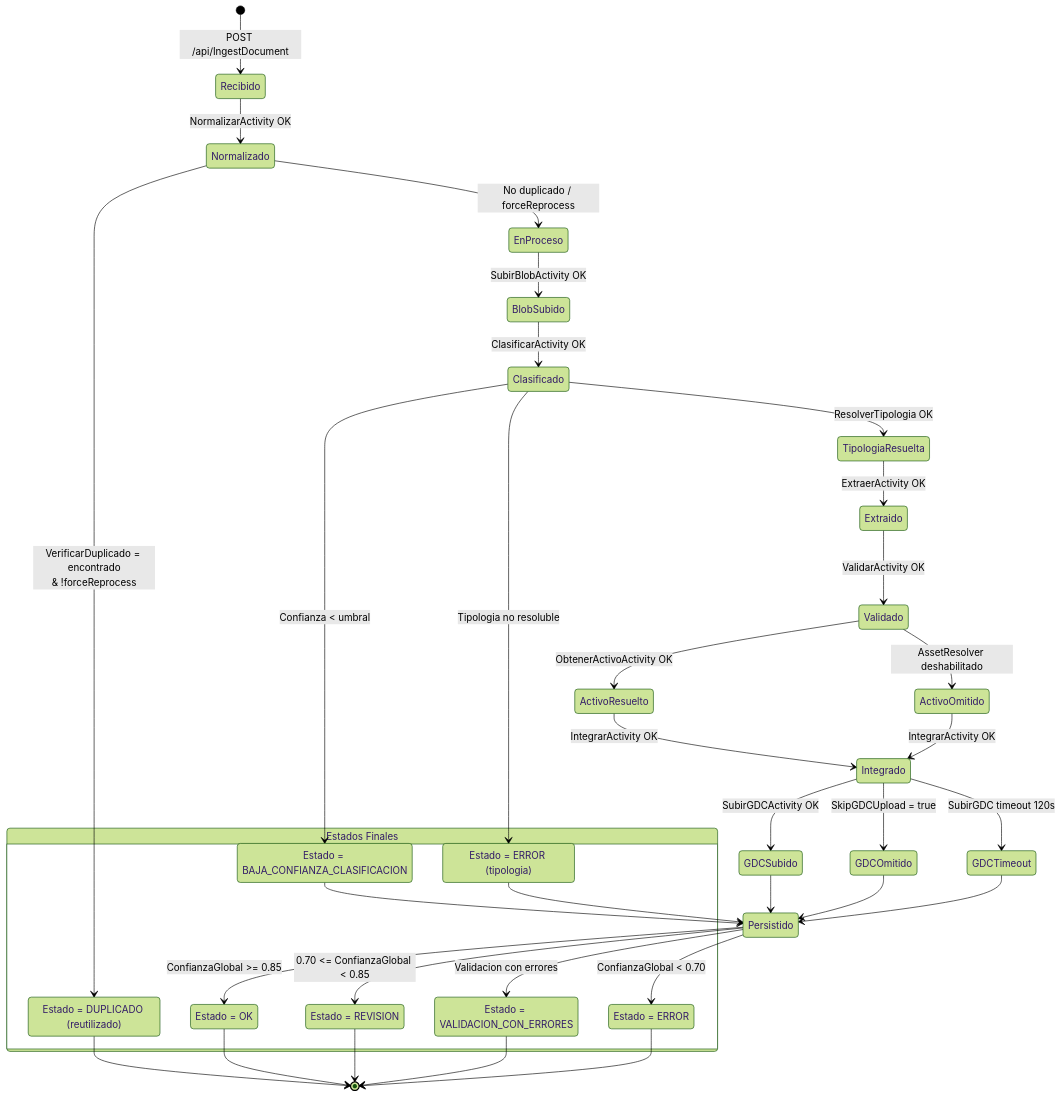
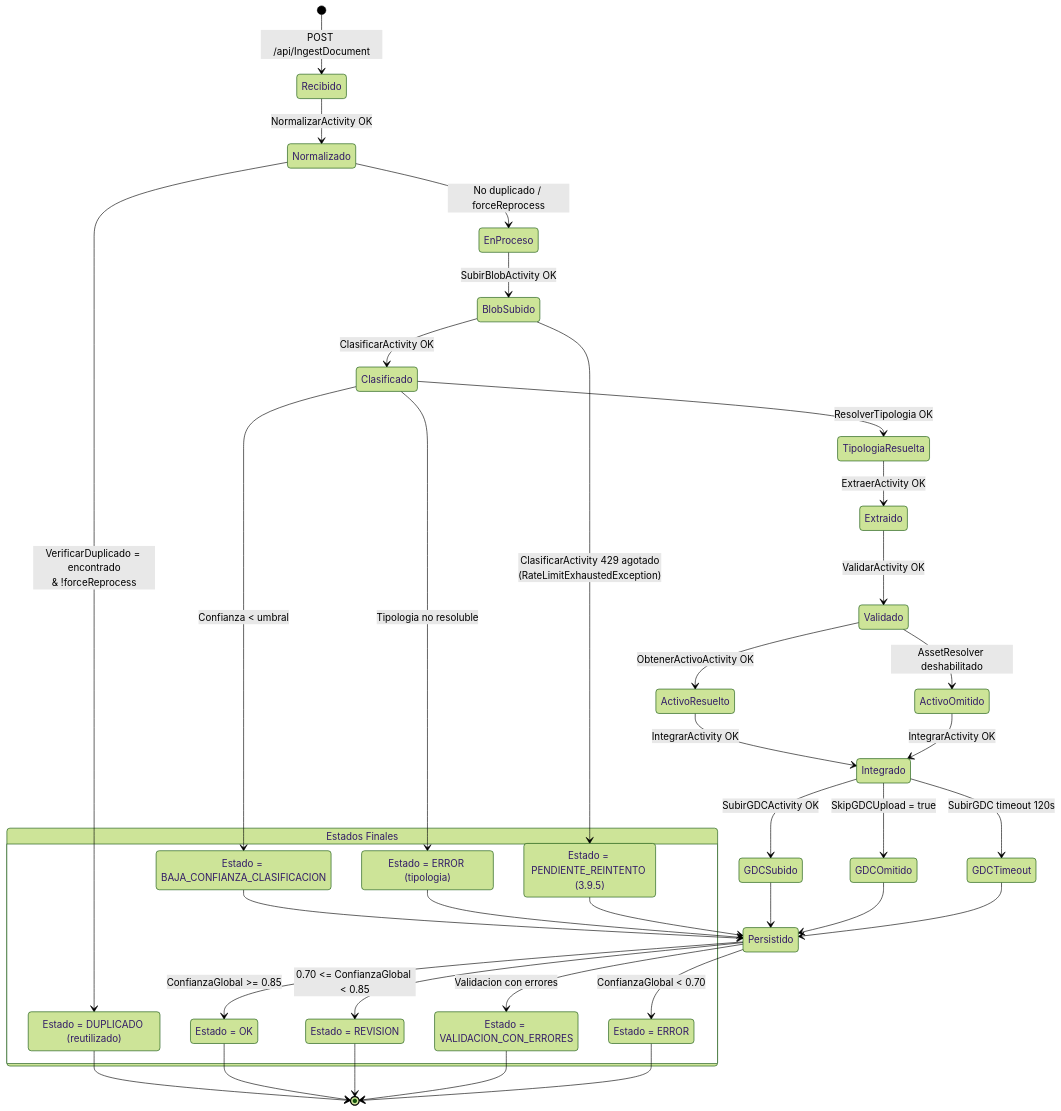
Before and after one commit to nvcrisologo02/AI-DocClassExt: diagram 12 of 12 in docs/03_DISENO_TECNICO_DETALLADO.md, drawn with Mermaid (forest theme). The commit also changed other lines of this file and 13 other files, not shown here.

First line of the commit message:
docs(resiliencia-429): actualiza documentacion tecnica y funcional (429, PENDIENTE_REINTENTO) (AB#99893)

````diff
--- a/docs/03_DISENO_TECNICO_DETALLADO.md
+++ b/docs/03_DISENO_TECNICO_DETALLADO.md
@@ -1314,53 +1356,56 @@
 ```mermaid
 stateDiagram-v2
     [*] --> Recibido : POST /api/IngestDocument
 
     Recibido --> Normalizado : NormalizarActivity OK
 
     Normalizado --> Duplicado : VerificarDuplicado = encontrado<br/>& !forceReprocess
     Normalizado --> EnProceso : No duplicado / forceReprocess
 
     EnProceso --> BlobSubido : SubirBlobActivity OK
     BlobSubido --> Clasificado : ClasificarActivity OK
+    BlobSubido --> RateLimitAgotado : ClasificarActivity 429 agotado<br/>(RateLimitExhaustedException)
 
     Clasificado --> BajaConfianza : Confianza < umbral
     Clasificado --> TipologiaResuelta : ResolverTipologia OK
     Clasificado --> ErrorTipologia : Tipologia no resoluble
 
     TipologiaResuelta --> Extraido : ExtraerActivity OK
     Extraido --> Validado : ValidarActivity OK
     Validado --> ActivoResuelto : ObtenerActivoActivity OK
     Validado --> ActivoOmitido : AssetResolver deshabilitado
     ActivoResuelto --> Integrado : IntegrarActivity OK
     ActivoOmitido --> Integrado : IntegrarActivity OK
     Integrado --> GDCSubido : SubirGDCActivity OK
     Integrado --> GDCOmitido : SkipGDCUpload = true
     Integrado --> GDCTimeout : SubirGDC timeout 120s
 
     GDCSubido --> Persistido
     GDCOmitido --> Persistido
     GDCTimeout --> Persistido
 
     Persistido --> OK : ConfianzaGlobal >= 0.85
     Persistido --> Revision : 0.70 <= ConfianzaGlobal < 0.85
     Persistido --> ValidacionConErrores : Validacion con errores
     Persistido --> ErrorEstado : ConfianzaGlobal < 0.70
 
     Duplicado --> [*]
     BajaConfianza --> Persistido
     ErrorTipologia --> Persistido
+    RateLimitAgotado --> Persistido
     OK --> [*]
     Revision --> [*]
     ValidacionConErrores --> [*]
     ErrorEstado --> [*]
 
     state "Estados Finales" as finals {
         OK : Estado = OK
         Revision : Estado = REVISION
         ValidacionConErrores : Estado = VALIDACION_CON_ERRORES
         BajaConfianza : Estado = BAJA_CONFIANZA_CLASIFICACION
         ErrorEstado : Estado = ERROR
         Duplicado : Estado = DUPLICADO (reutilizado)
         ErrorTipologia : Estado = ERROR (tipologia)
+        RateLimitAgotado : Estado = PENDIENTE_REINTENTO (3.9.5)
     }
 ```
````
